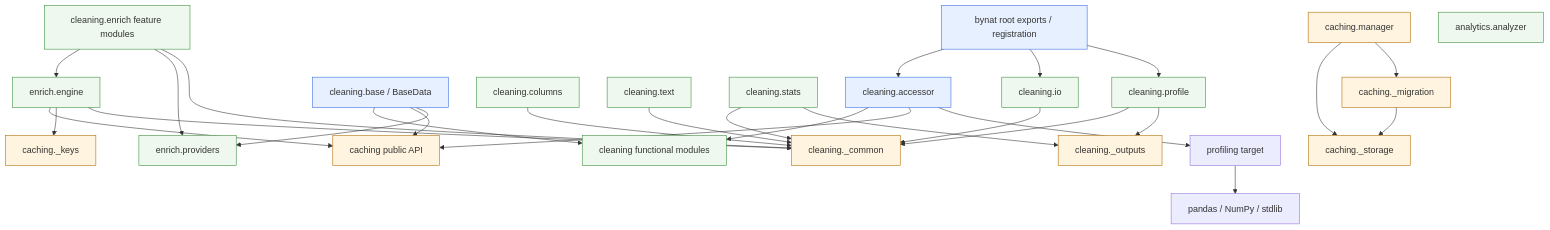
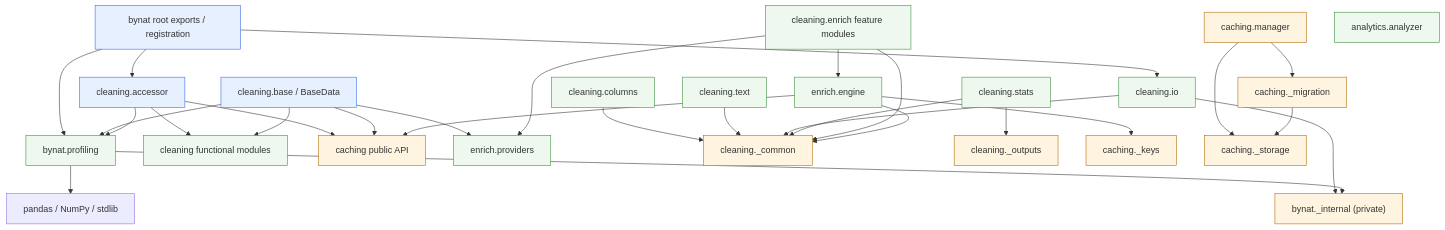
Before and after one commit to bynat-lab/bynat: the second of 3 diagrams in docs/ARCHITECTURE_RESEARCH.md, drawn with Mermaid. The commit also changed other lines of this file and 21 other files, not shown here.

First line of the commit message:
refactor(architecture): extract profiling and centralize shared helpers

````diff
--- a/docs/ARCHITECTURE_RESEARCH.md
+++ b/docs/ARCHITECTURE_RESEARCH.md
@@ -587,42 +592,44 @@
 ```mermaid
 flowchart TD
     Root["bynat root exports / registration"] --> Accessor["cleaning.accessor"]
     Root --> IO["cleaning.io"]
-    Root --> Profile["cleaning.profile"]
+    Root --> Profiling["bynat.profiling"]
 
     Accessor --> CleaningFns["cleaning functional modules"]
     Accessor --> Cache["caching public API"]
     Base["cleaning.base / BaseData"] --> CleaningFns
     Base --> Cache
     Base --> Providers["enrich.providers"]
+    Base --> Profiling
 
     Columns["cleaning.columns"] --> Common["cleaning._common"]
     Text["cleaning.text"] --> Common
     IO --> Common
     Stats["cleaning.stats"] --> Common
     Stats --> Outputs["cleaning._outputs"]
-    Profile --> Common
-    Profile --> Outputs
 
     Enrich["cleaning.enrich feature modules"] --> Engine["enrich.engine"]
     Enrich --> Providers
     Enrich --> Common
     Engine --> Cache
     Engine --> CacheKeys["caching._keys"]
     Engine --> Common
 
     Manager["caching.manager"] --> Storage["caching._storage"]
     Manager --> Migration["caching._migration"]
     Migration --> Storage
 
     Analytics["analytics.analyzer"]
-    Profiling["profiling target"] --> Pandas["pandas / NumPy / stdlib"]
+    Profiling["bynat.profiling"] --> Pandas["pandas / NumPy / stdlib"]
     Accessor --> Profiling
+    Internal["bynat._internal (private)"]
+    IO --> Internal
+    Profiling --> Internal
 
     classDef facade fill:#e7f0ff,stroke:#356ae6;
     classDef domain fill:#eef8ee,stroke:#3a8f3a;
     classDef infra fill:#fff4df,stroke:#b06b00;
     class Accessor,Base,Root facade;
-    class CleaningFns,Columns,Text,IO,Stats,Profile,Enrich,Engine,Providers,Analytics domain;
-    class Cache,CacheKeys,Manager,Storage,Migration,Common,Outputs infra;
+    class CleaningFns,Columns,Text,IO,Stats,Profiling,Enrich,Engine,Providers,Analytics domain;
+    class Cache,CacheKeys,Manager,Storage,Migration,Common,Outputs,Internal infra;
 ```
````
